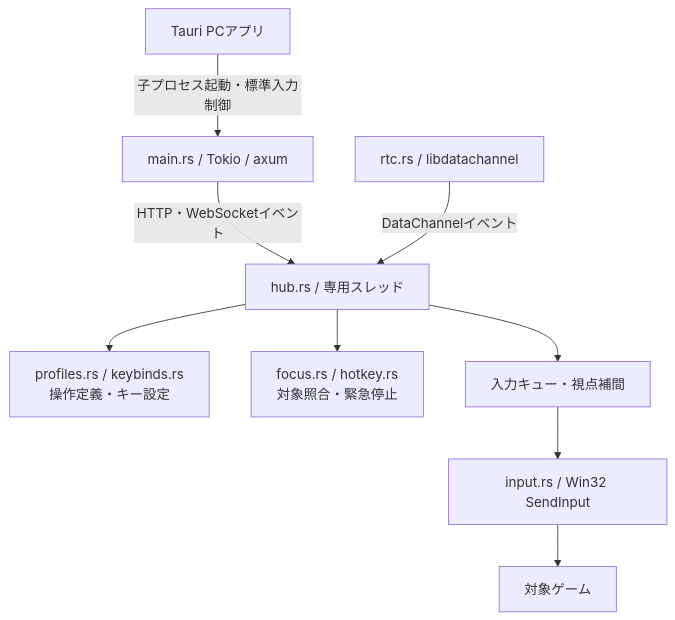
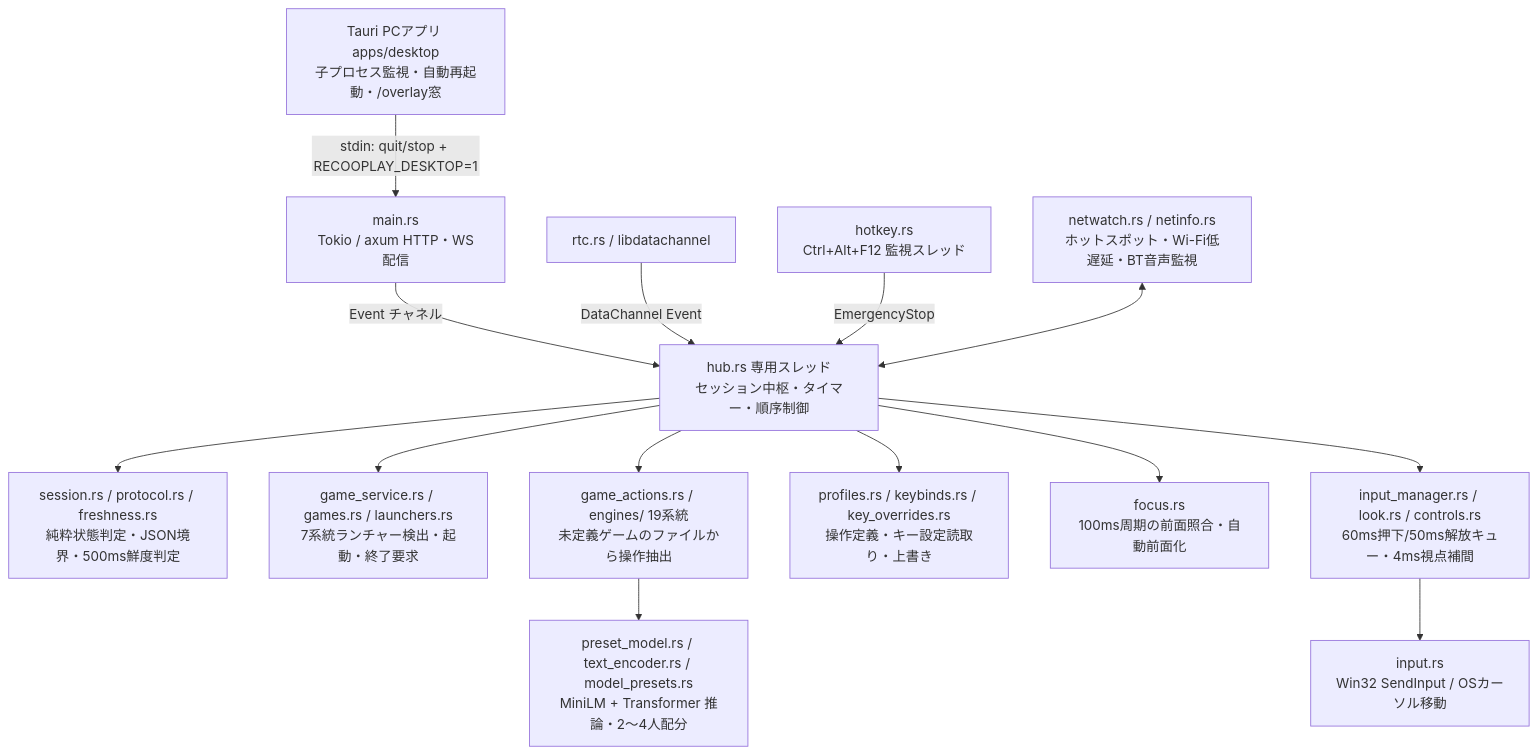
Before and after one commit to jphacks/kz_2613: the first of 4 diagrams in docs/host-specification.md, drawn with Mermaid. The commit also changed other lines of this file and 10 other files, not shown here.

````diff
--- a/docs/host-specification.md
+++ b/docs/host-specification.md
@@ -73,11 +92,16 @@
 ```mermaid
 flowchart TB
-    Desktop[Tauri PCアプリ] -->|子プロセス起動・標準入力制御| Main[main.rs / Tokio / axum]
-    Main -->|HTTP・WebSocketイベント| Hub[hub.rs / 専用スレッド]
-    RTC[rtc.rs / libdatachannel] -->|DataChannelイベント| Hub
-    Hub --> Profiles[profiles.rs / keybinds.rs<br/>操作定義・キー設定]
-    Hub --> Focus[focus.rs / hotkey.rs<br/>対象照合・緊急停止]
-    Hub --> Queue[入力キュー・視点補間]
-    Queue --> Input[input.rs / Win32 SendInput]
-    Input --> Game[対象ゲーム]
+    Desktop[Tauri PCアプリ apps/desktop<br/>子プロセス監視・自動再起動・/overlay窓] -->|stdin: quit/stop + RECOOPLAY_DESKTOP=1| Main[main.rs<br/>Tokio / axum HTTP・WS配信]
+    Main -->|Event チャネル| Hub[hub.rs 専用スレッド<br/>セッション中枢・タイマー・順序制御]
+    RTC[rtc.rs / libdatachannel] -->|DataChannel Event| Hub
+    Hotkey[hotkey.rs<br/>Ctrl+Alt+F12 監視スレッド] -->|EmergencyStop| Hub
+    NetWatch[netwatch.rs / netinfo.rs<br/>ホットスポット・Wi-Fi低遅延・BT音声監視] <--> Hub
+    Hub --> Session[session.rs / protocol.rs / freshness.rs<br/>純粋状態判定・JSON境界・500ms鮮度判定]
+    Hub --> GameSvc[game_service.rs / games.rs / launchers.rs<br/>7系統ランチャー検出・起動・終了要求]
+    Hub --> Extract[game_actions.rs / engines/ 19系統<br/>未定義ゲームのファイルから操作抽出]
+    Extract --> AI[preset_model.rs / text_encoder.rs / model_presets.rs<br/>MiniLM + Transformer 推論・2〜4人配分]
+    Hub --> Profiles[profiles.rs / keybinds.rs / key_overrides.rs<br/>操作定義・キー設定読取り・上書き]
+    Hub --> Focus[focus.rs<br/>100ms周期の前面照合・自動前面化]
+    Hub --> OutMgr[input_manager.rs / look.rs / controls.rs<br/>60ms押下/50ms解放キュー・4ms視点補間]
+    OutMgr --> Input[input.rs<br/>Win32 SendInput / OSカーソル移動]
 ```
````
